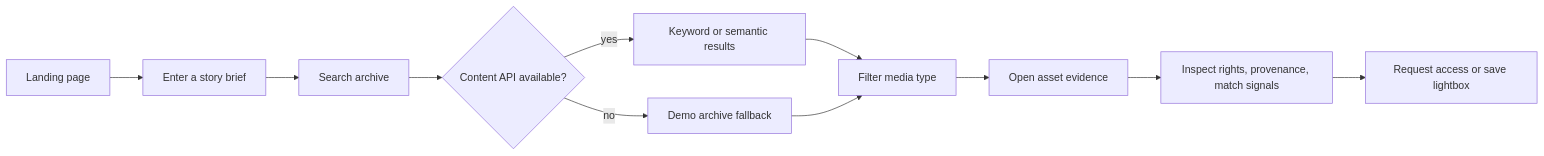
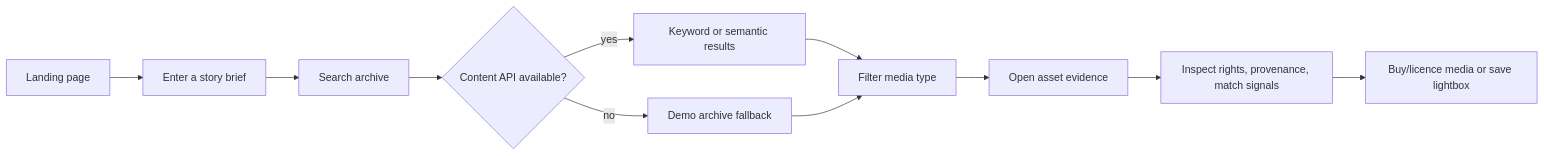
One commit to MutatioStrategic/WeDoCMS changed the first of 5 diagrams in docs/ux-process-flows.md. Above: the diagram before and after it, drawn with Mermaid. The commit also changed other lines of this file and 18 other files, not shown here.

Commit message:
Fix automatic buyer asset purchasing flow

````diff
--- a/docs/ux-process-flows.md
+++ b/docs/ux-process-flows.md
@@ -7,13 +23,13 @@
 ```mermaid
 flowchart LR
   A[Landing page] --> B[Enter a story brief]
   B --> C[Search archive]
   C --> D{Content API available?}
   D -->|yes| E[Keyword or semantic results]
   D -->|no| F[Demo archive fallback]
   E --> G[Filter media type]
   F --> G
   G --> H[Open asset evidence]
   H --> I[Inspect rights, provenance, match signals]
-  I --> J[Request access or save lightbox]
+  I --> J[Buy/licence media or save lightbox]
 ```
````
